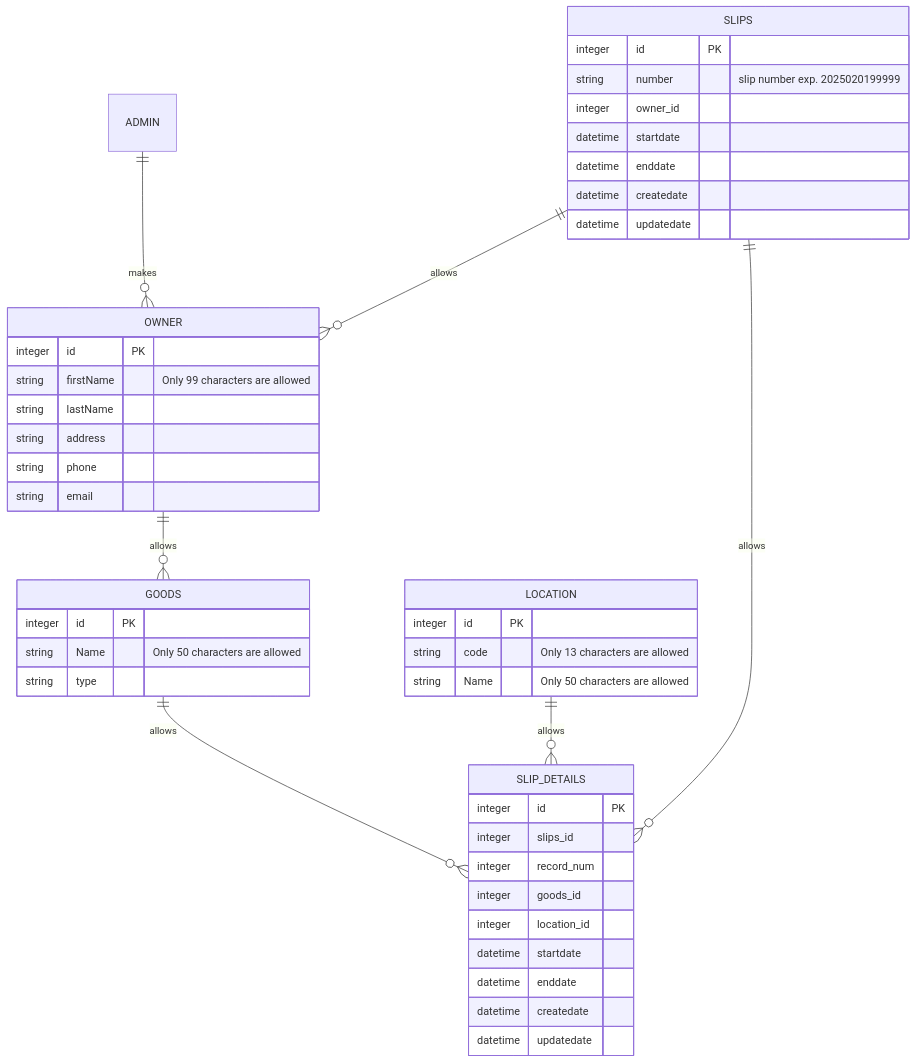
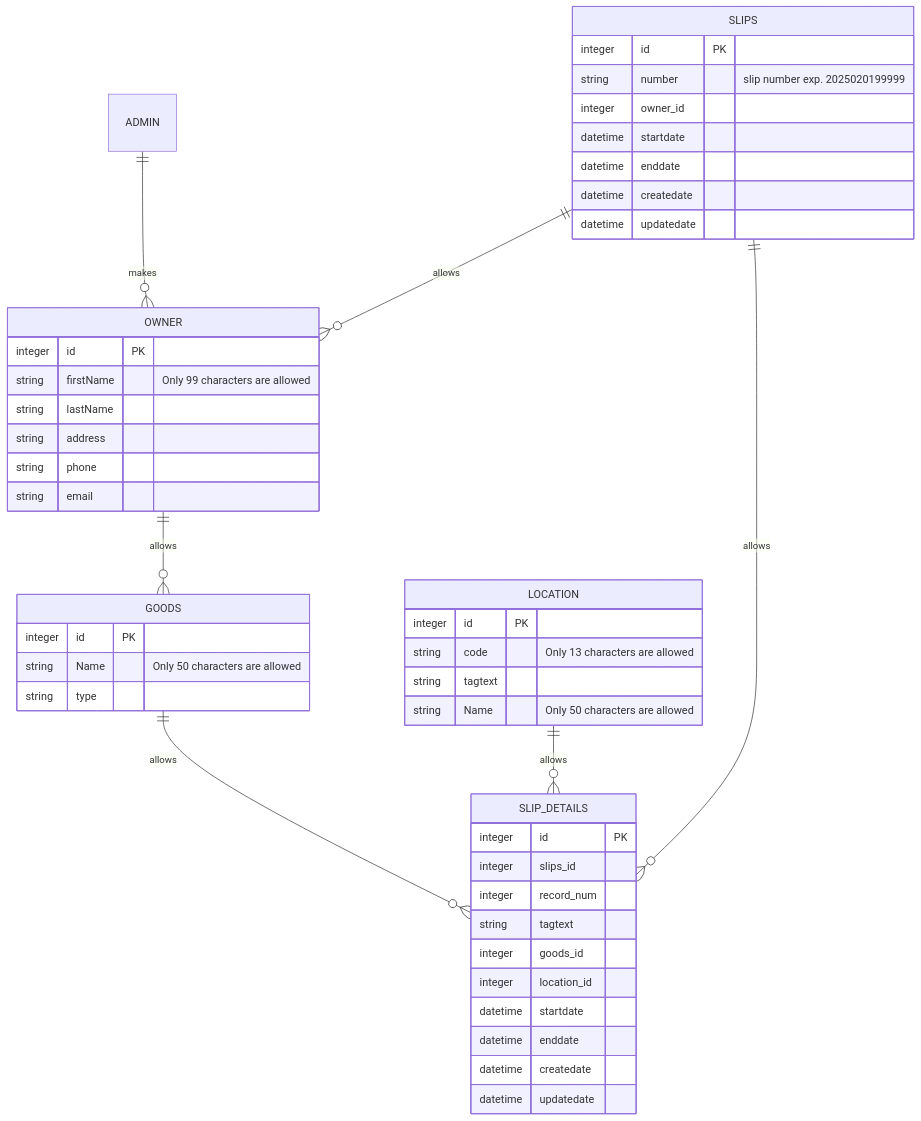
One commit to piot-jp-Team/goods_storage changed the diagram in README.md. Above: the diagram before and after it, drawn with Mermaid. The commit also changed other lines of this file, not shown here.

````diff
--- a/README.md
+++ b/README.md
@@ -41,52 +43,54 @@
 ```mermaid
 erDiagram
     ADMIN ||--o{ OWNER : makes
     OWNER ||--o{ GOODS : allows
     GOODS ||--o{ SLIP_DETAILS : allows
     LOCATION ||--o{ SLIP_DETAILS : allows
     SLIPS ||--o{ OWNER : allows
     SLIPS ||--o{ SLIP_DETAILS : allows
 
   
     OWNER {
         integer id PK
         string firstName "Only 99 characters are allowed"
         string lastName
         string address
         string phone
         string email
     }
 
     GOODS {
         integer id PK
         string Name "Only 50 characters are allowed"
         string type
     }
   
     LOCATION {
         integer id PK
         string code "Only 13 characters are allowed"
+        string tagtext
         string Name "Only 50 characters are allowed"
     }
 
     SLIPS {
         integer id PK
         string number "slip number exp. 2025020199999"
         integer owner_id
         datetime startdate
         datetime enddate
         datetime createdate
         datetime updatedate
     }
     SLIP_DETAILS {
         integer id PK
         integer slips_id
         integer record_num
+        string tagtext
         integer goods_id
         integer location_id
         datetime startdate
         datetime enddate
         datetime createdate
         datetime updatedate
     }
 ```
````
